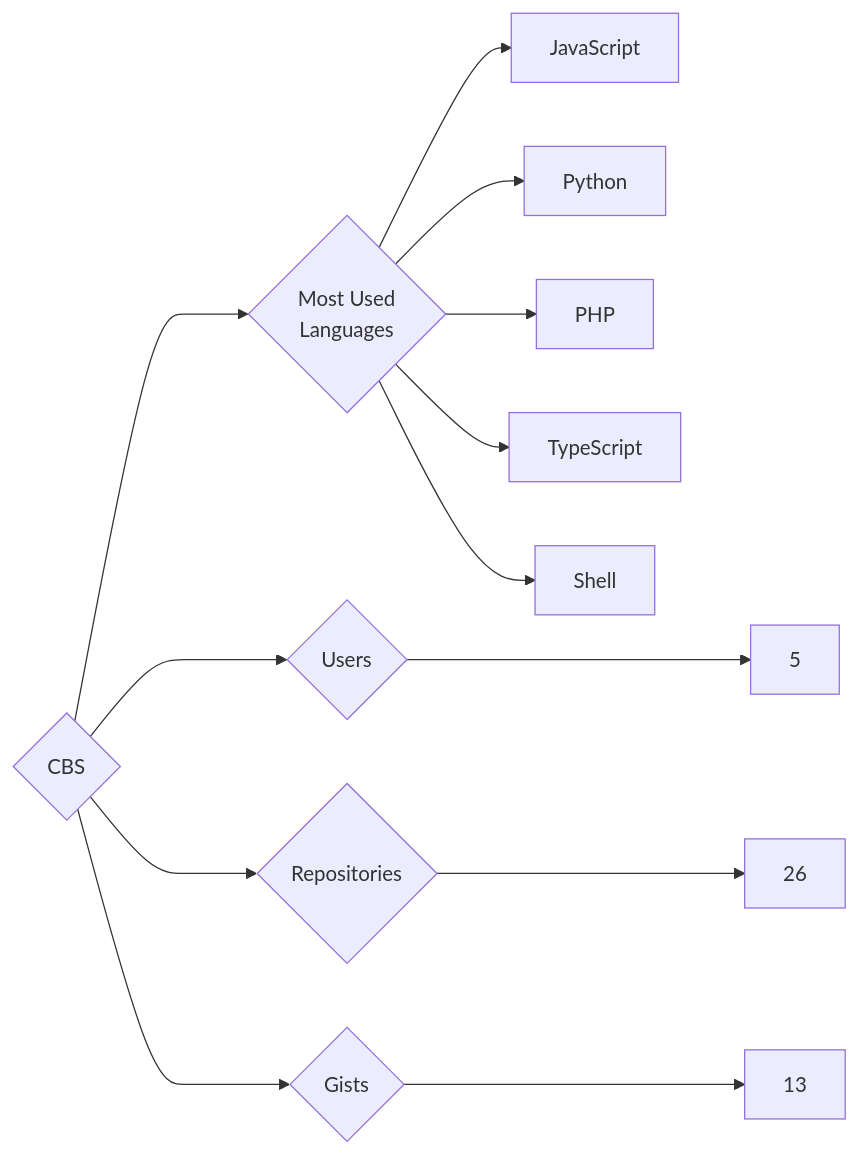
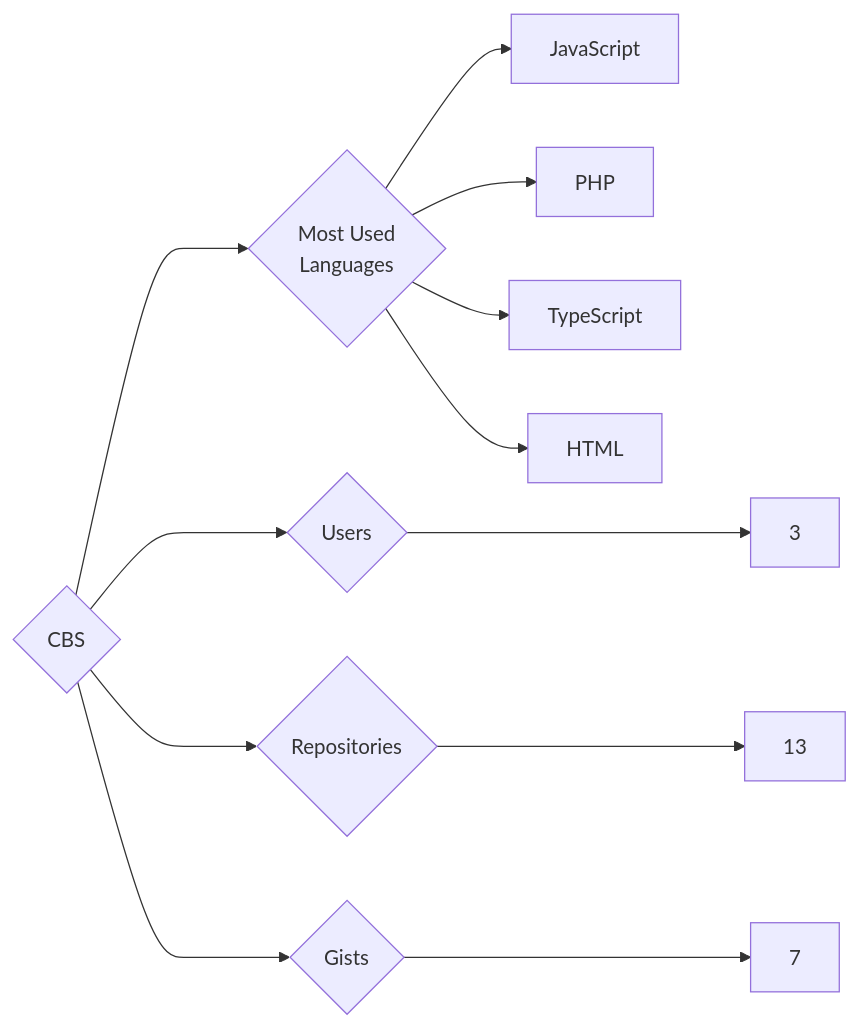
Before and after one commit to trickest/insiders: the diagram in targets/CBS/README.md, drawn with Mermaid. The commit also changed 1238 other files, not shown here.

````diff
--- a/targets/CBS/README.md
+++ b/targets/CBS/README.md
@@ -3,13 +3,12 @@
 ```mermaid
 graph LR
 COMPANY_NAME{CBS}
-COMPANY_NAME ---> U{Users} ---> UN[5]
-COMPANY_NAME ---> R{Repositories} ---> RN[26]
-COMPANY_NAME ---> G{Gists} ---> GN[13]
+COMPANY_NAME ---> U{Users} ---> UN[3]
+COMPANY_NAME ---> R{Repositories} ---> RN[13]
+COMPANY_NAME ---> G{Gists} ---> GN[7]
 COMPANY_NAME ---> ML{Most Used<br>Languages}
 ML --> JavaScript[JavaScript]
-ML --> Python[Python]
 ML --> PHP[PHP]
 ML --> TypeScript[TypeScript]
-ML --> Shell[Shell]
+ML --> HTML[HTML]
 ```
````
